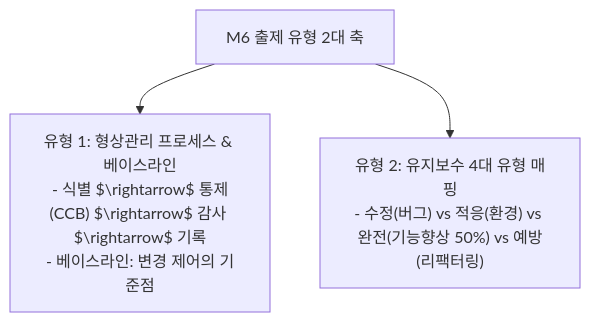
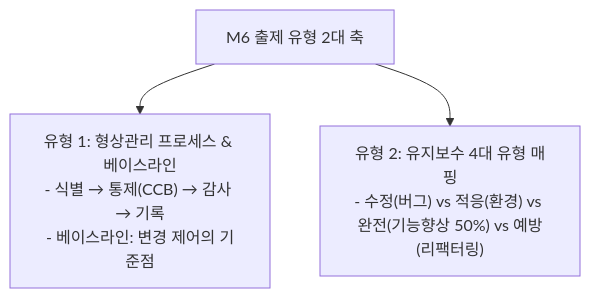
One commit to initbtn/blog changed the diagram in content/posts/ncs-swe-module-8-configuration-management-maintenance.md. Above: the diagram before and after it, drawn with Mermaid. The commit also changed 15 other files, not shown here.

````diff
--- a/content/posts/ncs-swe-module-8-configuration-management-maintenance.md
+++ b/content/posts/ncs-swe-module-8-configuration-management-maintenance.md
@@ -14,10 +14,10 @@
 ```mermaid
 flowchart TD
     M6["M6 출제 유형 2대 축"]
     
-    T1["유형 1: 형상관리 프로세스 & 베이스라인<br>- 식별 $\rightarrow$ 통제(CCB) $\rightarrow$ 감사 $\rightarrow$ 기록<br>- 베이스라인: 변경 제어의 기준점"]
+    T1["유형 1: 형상관리 프로세스 & 베이스라인<br>- 식별 → 통제(CCB) → 감사 → 기록<br>- 베이스라인: 변경 제어의 기준점"]
     T2["유형 2: 유지보수 4대 유형 매핑<br>- 수정(버그) vs 적응(환경) vs 완전(기능향상 50%) vs 예방(리팩터링)"]
 
     M6 --> T1
     M6 --> T2
 ```
````
